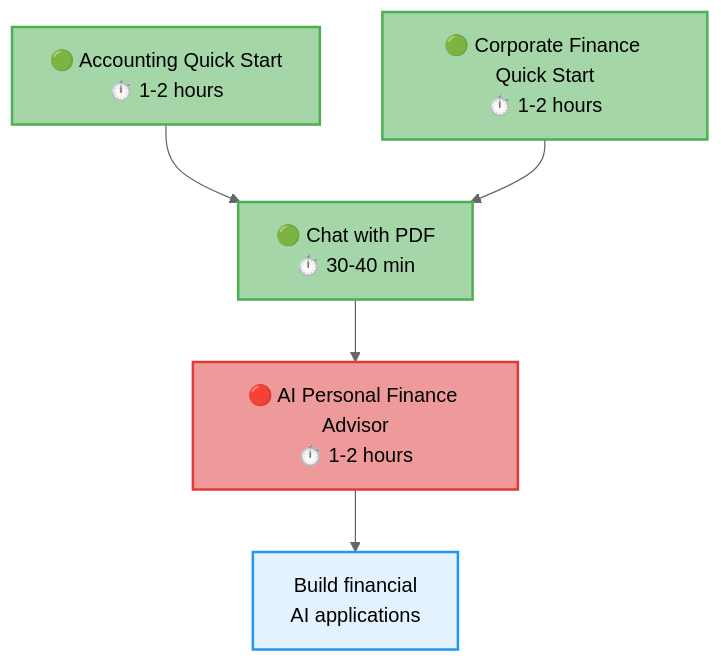
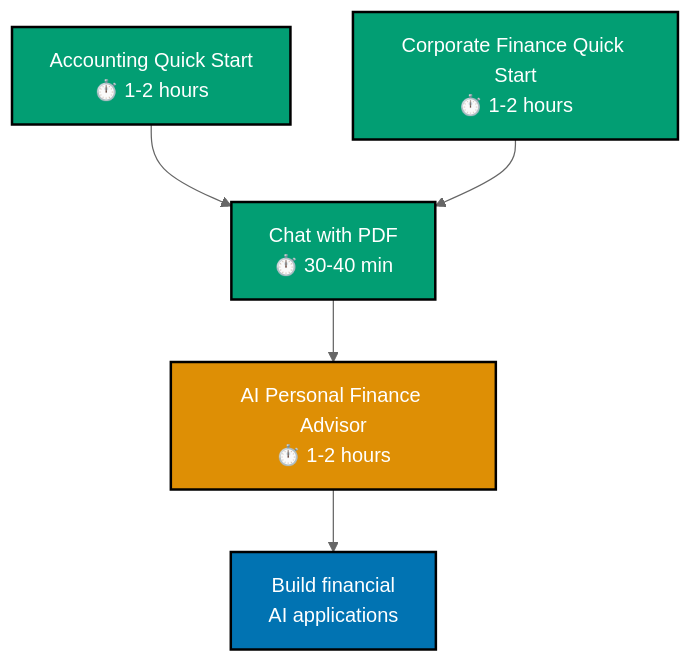
One commit to wahidyankf/open-sharia-enterprise changed the fourth of 5 diagrams in docs/tutorials/README.md. Above: the diagram before and after it, drawn with Mermaid (neutral theme). The commit also changed other lines of this file and 22 other files, not shown here.

First line of the commit message:
docs(diagrams): ensure all mermaid diagrams use color-blind friendly palette

````diff
--- a/docs/tutorials/README.md
+++ b/docs/tutorials/README.md
@@ -192,18 +204,18 @@
 ```mermaid
 graph TB
-	A[🟢 Accounting Quick Start<br/>⏱️ 1-2 hours]
-	B[🟢 Corporate Finance Quick Start<br/>⏱️ 1-2 hours]
-	C[🟢 Chat with PDF<br/>⏱️ 30-40 min]
-	D[🔴 AI Personal Finance Advisor<br/>⏱️ 1-2 hours]
+	A[Accounting Quick Start<br/>⏱️ 1-2 hours]
+	B[Corporate Finance Quick Start<br/>⏱️ 1-2 hours]
+	C[Chat with PDF<br/>⏱️ 30-40 min]
+	D[AI Personal Finance Advisor<br/>⏱️ 1-2 hours]
 	E[Build financial<br/>AI applications]
 
 	A --> C
 	B --> C
 	C --> D --> E
 
-	style A fill:#a5d6a7,stroke:#4caf50,stroke-width:2px
-	style B fill:#a5d6a7,stroke:#4caf50,stroke-width:2px
-	style C fill:#a5d6a7,stroke:#4caf50,stroke-width:2px
-	style D fill:#ef9a9a,stroke:#e53935,stroke-width:2px
-	style E fill:#e3f2fd,stroke:#2196f3,stroke-width:2px
+	style A fill:#029E73,stroke:#000000,color:#FFFFFF,stroke-width:2px
+	style B fill:#029E73,stroke:#000000,color:#FFFFFF,stroke-width:2px
+	style C fill:#029E73,stroke:#000000,color:#FFFFFF,stroke-width:2px
+	style D fill:#DE8F05,stroke:#000000,color:#FFFFFF,stroke-width:2px
+	style E fill:#0173B2,stroke:#000000,color:#FFFFFF,stroke-width:2px
 ```
````
